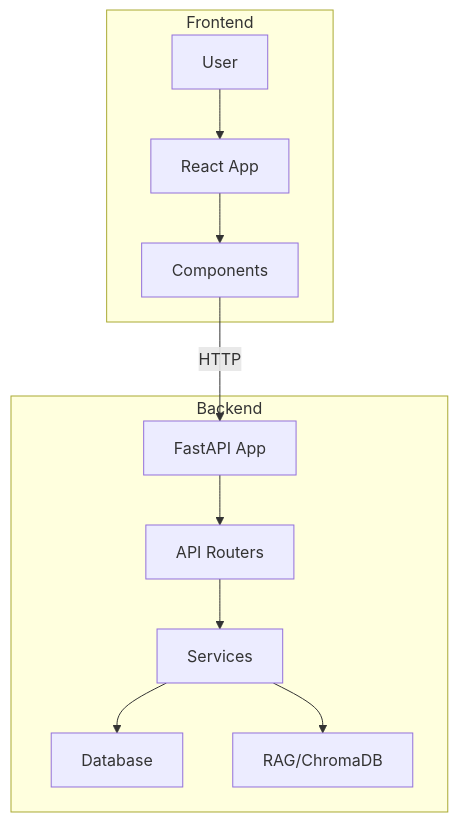
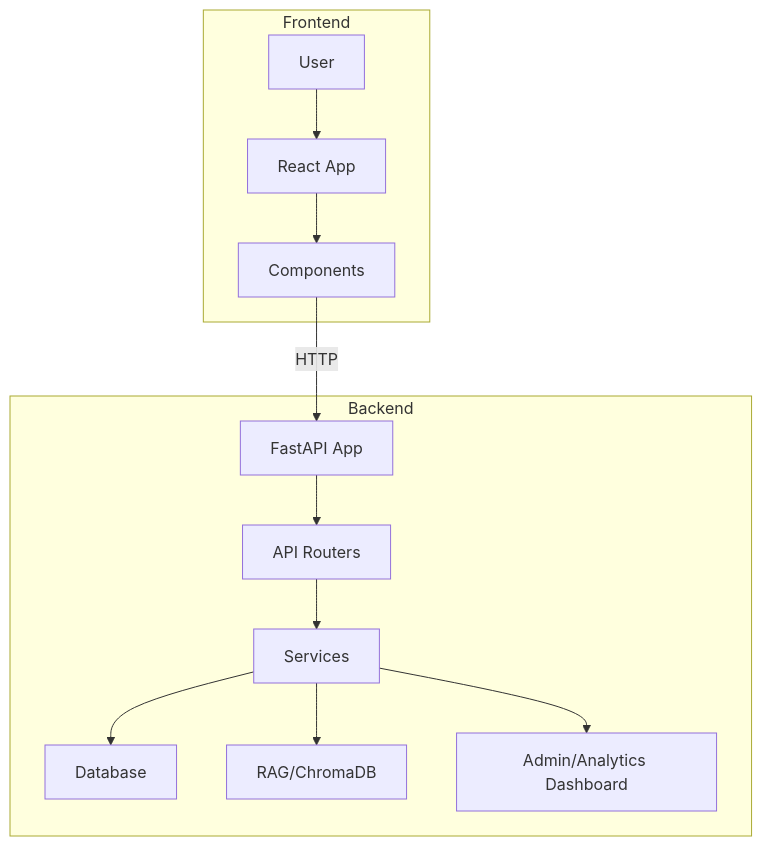
The diagram in docs/architecture.md (AFadhluddin/kyra-test), drawn with Mermaid before and after one commit. The commit also changed other lines of this file and 1 other file, not shown here.

````diff
--- a/docs/architecture.md
+++ b/docs/architecture.md
@@ -138,19 +165,21 @@
 ```mermaid
 graph TD
   subgraph Frontend
     A[User]
     B[React App]
     C[Components]
   end
   subgraph Backend
     D[FastAPI App]
     E[API Routers]
     F[Services]
     G[Database]
     H[RAG/ChromaDB]
+    I[Admin/Analytics Dashboard]
   end
   A --> B --> C -->|HTTP| D
   D --> E --> F
   F --> G
   F --> H
+  F --> I
 ```
````
